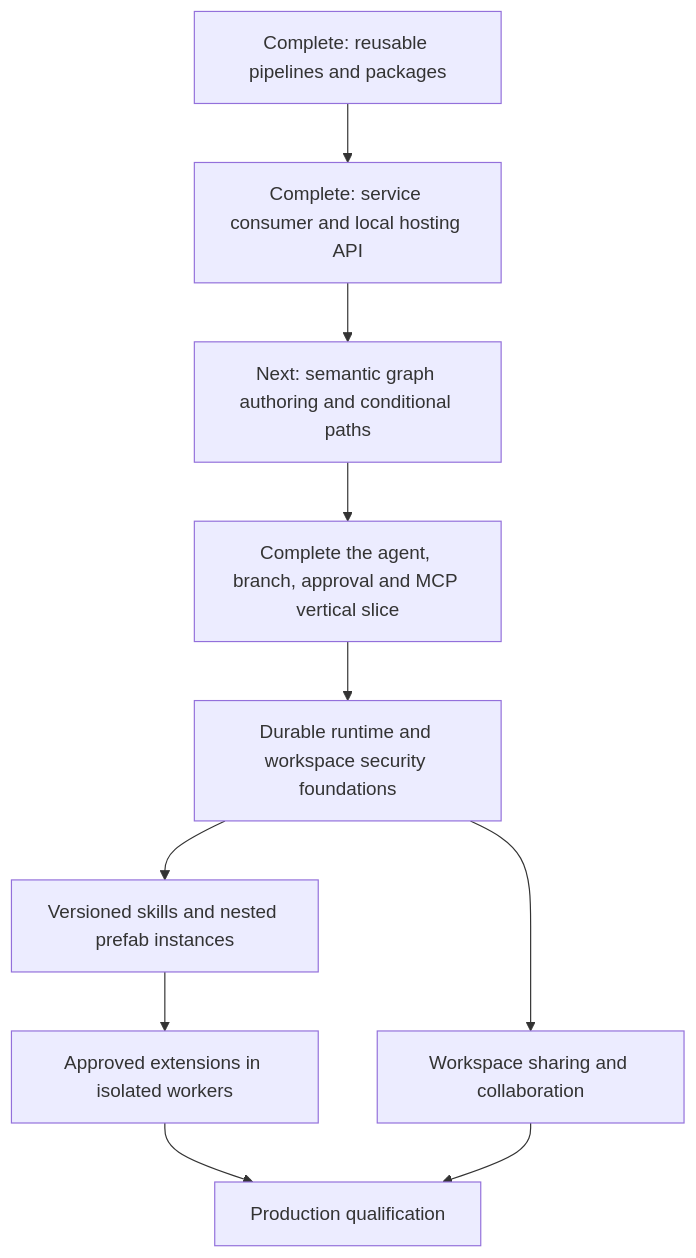
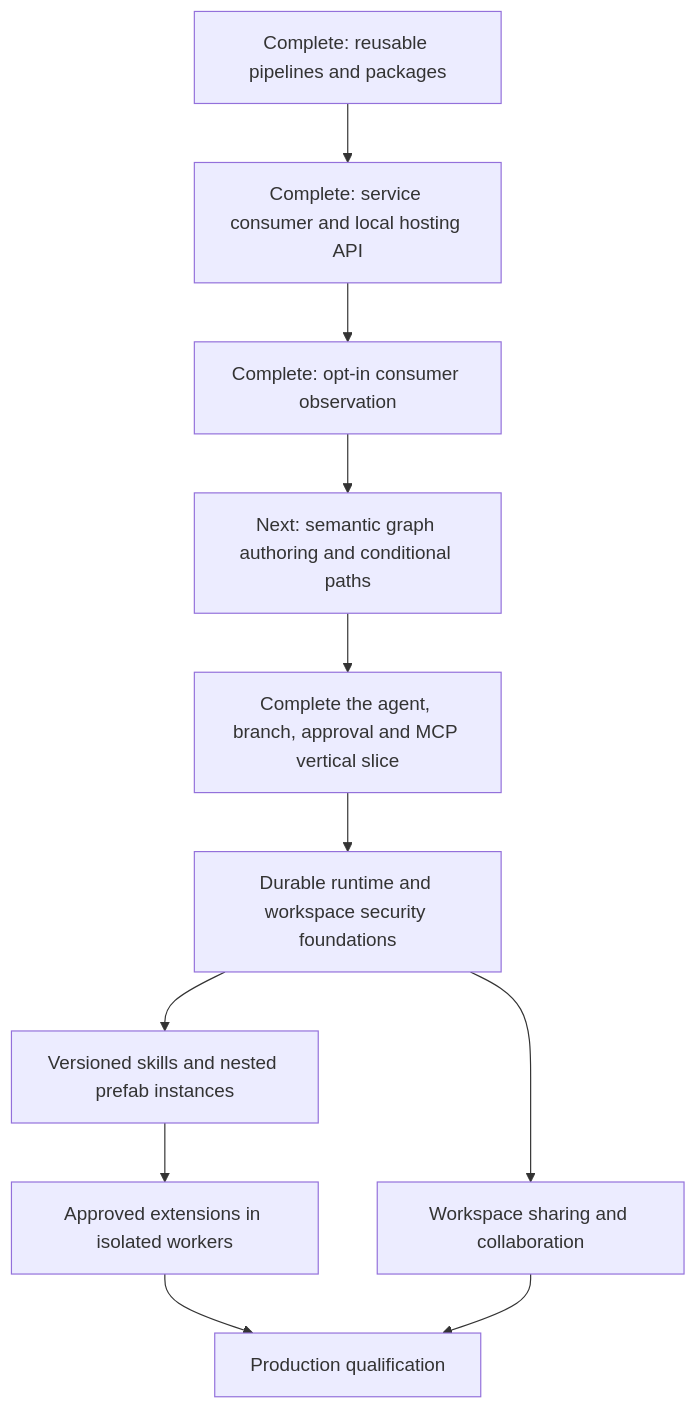
The diagram in docs/roadmap.md (gnalvesteffer/visual-agent-workflow), drawn with Mermaid before and after one commit. The commit also changed other lines of this file and 44 other files, not shown here.

Commit message:
Add opt-in consumer observation API and embeddable remote graph viewer

````diff
--- a/docs/roadmap.md
+++ b/docs/roadmap.md
@@ -38,12 +42,13 @@
 ```mermaid
 flowchart TD
     Reuse["Complete: reusable pipelines and packages"] --> Hosting["Complete: service consumer and local hosting API"]
-    Hosting --> Graph["Next: semantic graph authoring and conditional paths"]
+    Hosting --> Observe["Complete: opt-in consumer observation"]
+    Observe --> Graph["Next: semantic graph authoring and conditional paths"]
     Graph --> Vertical["Complete the agent, branch, approval and MCP vertical slice"]
     Vertical --> Durable["Durable runtime and workspace security foundations"]
     Durable --> Assets["Versioned skills and nested prefab instances"]
     Assets --> Extensions["Approved extensions in isolated workers"]
     Durable --> Collaboration["Workspace sharing and collaboration"]
     Extensions --> Production["Production qualification"]
     Collaboration --> Production
 ```
````
